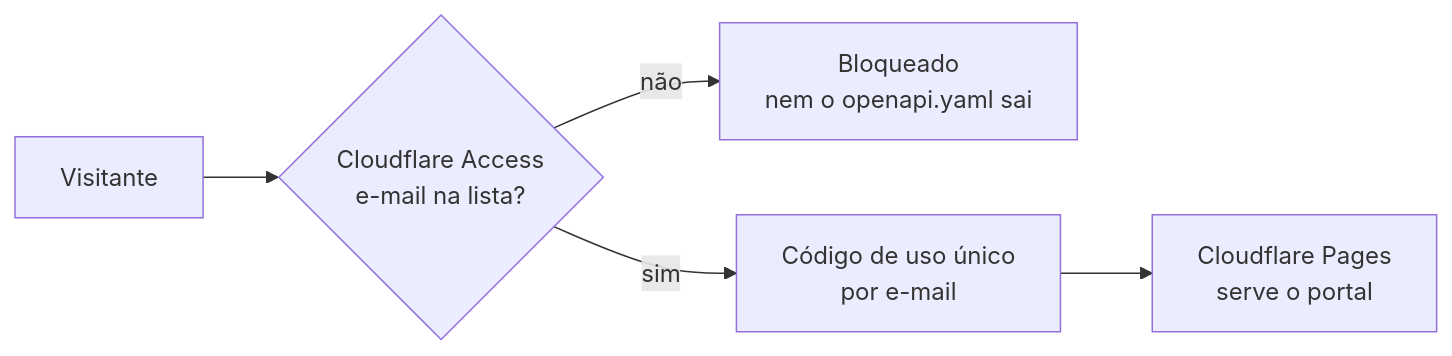
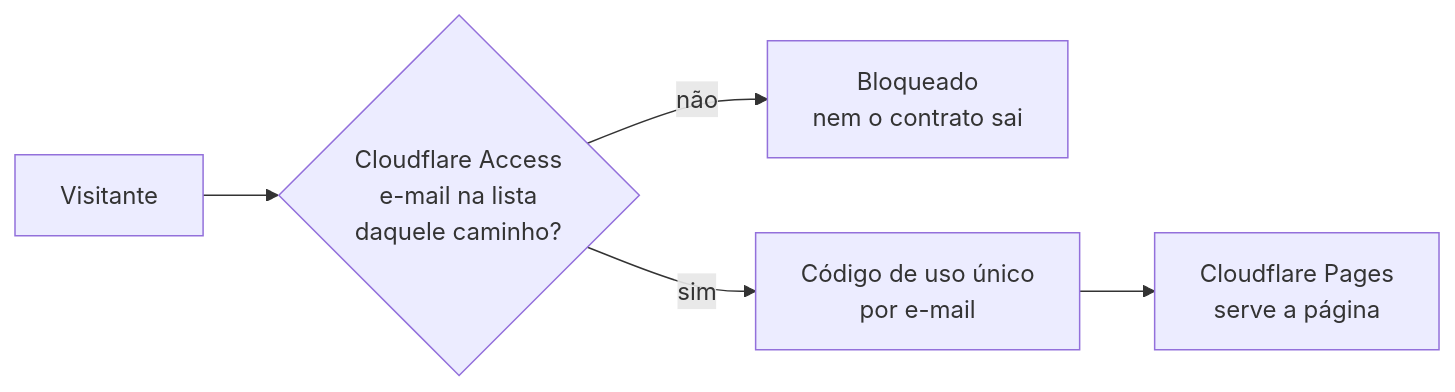
Before and after one commit to barramentointelectah/barramento.intelectah-docs: the diagram in README-deploy.md, drawn with Mermaid. The commit also changed other lines of this file and 5 other files, not shown here.

````diff
--- a/README-deploy.md
+++ b/README-deploy.md
@@ -48,7 +43,7 @@
 ```mermaid
 flowchart LR
-  A[Visitante] --> B{Cloudflare Access<br/>e-mail na lista?}
-  B -->|não| C[Bloqueado<br/>nem o openapi.yaml sai]
+  A[Visitante] --> B{Cloudflare Access<br/>e-mail na lista<br/>daquele caminho?}
+  B -->|não| C[Bloqueado<br/>nem o contrato sai]
   B -->|sim| D[Código de uso único<br/>por e-mail]
-  D --> E[Cloudflare Pages<br/>serve o portal]
+  D --> E[Cloudflare Pages<br/>serve a página]
 ```
````
